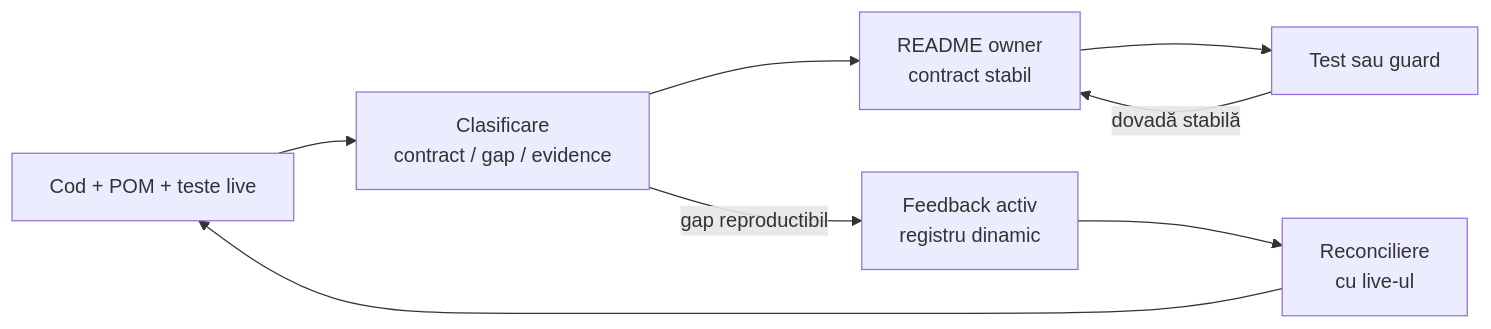
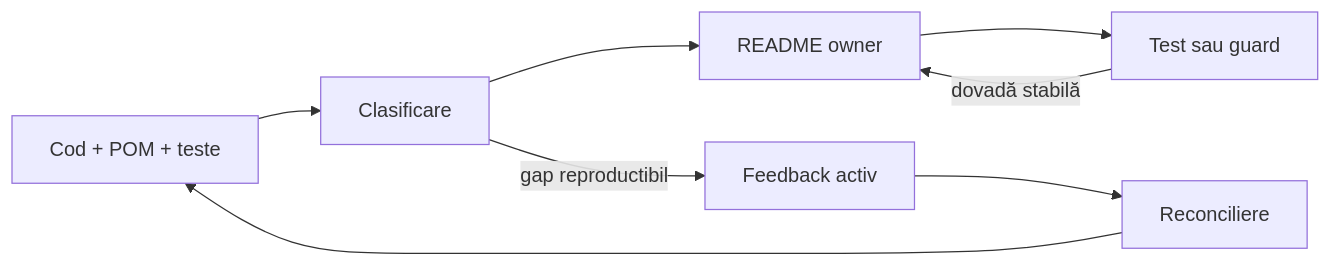
Before and after one commit to crististefanita/demo2: the diagram in docs/README_Atf_DocumentationBestPractices.md, drawn with Mermaid. The commit also changed other lines of this file and 132 other files, not shown here.

````diff
--- a/docs/README_Atf_DocumentationBestPractices.md
+++ b/docs/README_Atf_DocumentationBestPractices.md
@@ -47,15 +47,15 @@
 ```mermaid
 flowchart LR
-    Live[Cod + POM + teste live]
-    Classify[Clasificare<br/>contract / gap / evidence]
-    Owner[README owner<br/>contract stabil]
+    Live[Cod + POM + teste]
+    Classify[Clasificare]
+    Owner[README owner]
     Gate[Test sau guard]
-    Feedback[Feedback activ<br/>registru dinamic]
-    Reconcile[Reconciliere<br/>cu live-ul]
+    Feedback[Feedback activ]
+    Reconcile[Reconciliere]
     Live --> Classify
     Classify --> Owner
     Owner --> Gate
     Gate -->|dovadă stabilă| Owner
     Classify -->|gap reproductibil| Feedback
     Feedback --> Reconcile --> Live
 ```
````
